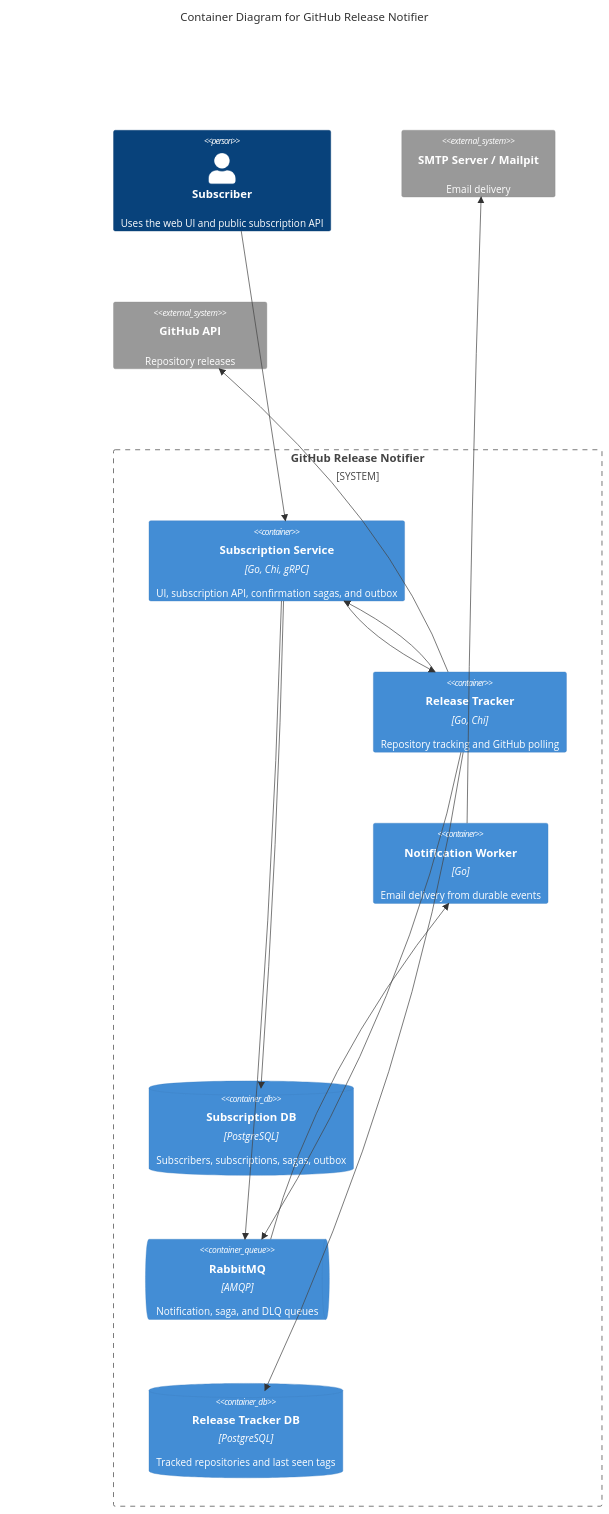
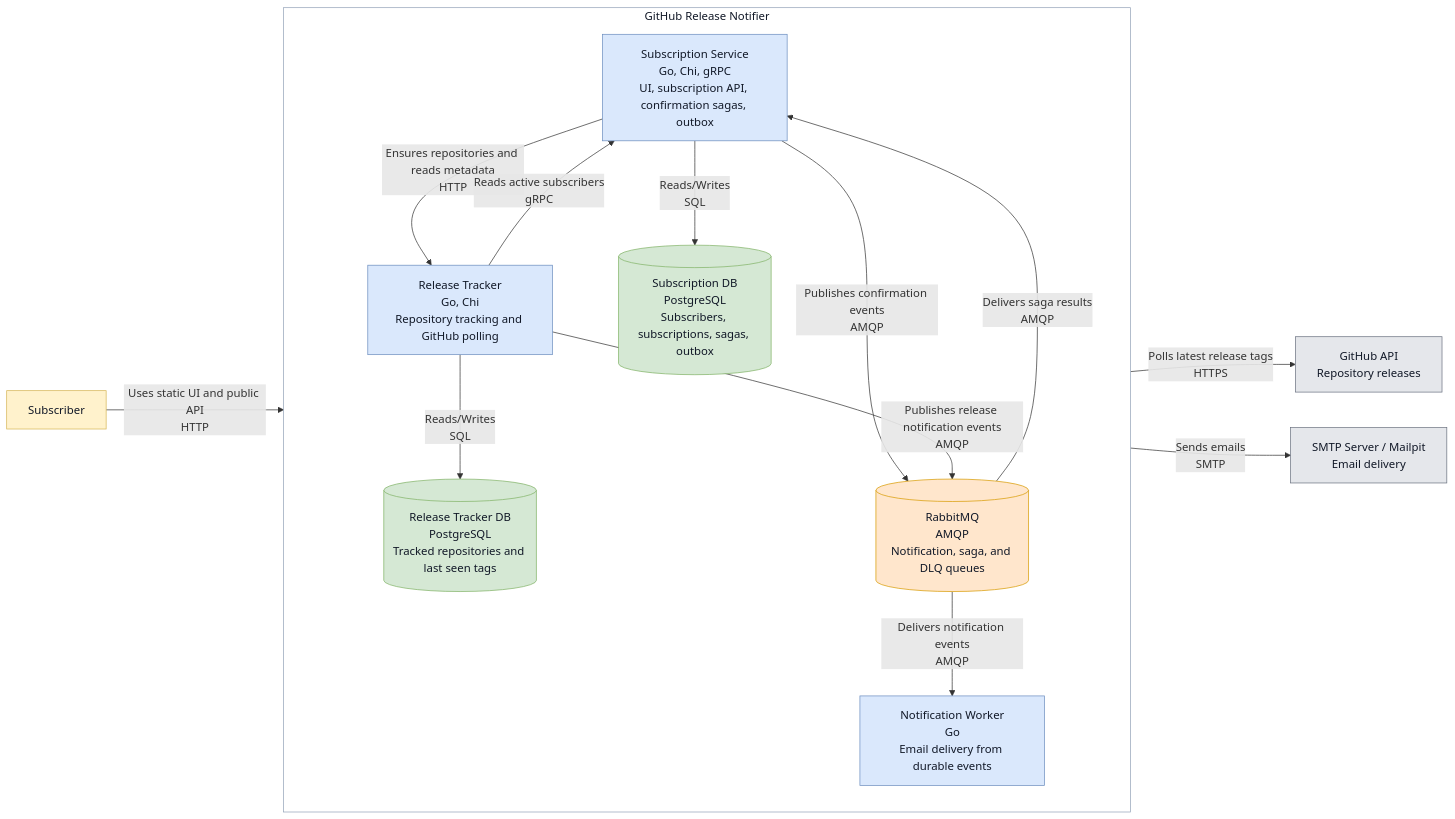
One commit to GenesisEducationKyiv/software-engineering-school-6-0-Oleg-amur changed the third of 6 diagrams in docs/architecture/architecture.md. Above: the diagram before and after it, drawn with Mermaid. The commit also changed other lines of this file, not shown here.

Commit message:
docs: improve architecture diagram rendering

````diff
--- a/docs/architecture/architecture.md
+++ b/docs/architecture/architecture.md
@@ -38,39 +65,40 @@
 ```mermaid
-C4Container
-    title Container Diagram for GitHub Release Notifier
+flowchart LR
+    user["Subscriber"]
+    github["GitHub API<br/>Repository releases"]
+    smtp["SMTP Server / Mailpit<br/>Email delivery"]
 
-    Person(user, "Subscriber", "Uses the web UI and public subscription API")
-    System_Ext(smtp, "SMTP Server / Mailpit", "Email delivery")
+    subgraph app["GitHub Release Notifier"]
+        direction TB
+        subscription["Subscription Service<br/>Go, Chi, gRPC<br/>UI, subscription API, confirmation sagas, outbox"]
+        releaseTracker["Release Tracker<br/>Go, Chi<br/>Repository tracking and GitHub polling"]
+        notificationWorker["Notification Worker<br/>Go<br/>Email delivery from durable events"]
+        subscriptionDb[("Subscription DB<br/>PostgreSQL<br/>Subscribers, subscriptions, sagas, outbox")]
+        releaseDb[("Release Tracker DB<br/>PostgreSQL<br/>Tracked repositories and last seen tags")]
+        rabbitmq[("RabbitMQ<br/>AMQP<br/>Notification, saga, and DLQ queues")]
+    end
 
-    System_Boundary(app, "GitHub Release Notifier") {
-        Container(subscription, "Subscription Service", "Go, Chi, gRPC", "UI, subscription API, confirmation sagas, and outbox")
-        Container(syncLane, " ", " ", " ")
-        Container(releaseTracker, "Release Tracker", "Go, Chi", "Repository tracking and GitHub polling")
+    user -->|"Uses static UI and public API<br/>HTTP"| subscription
+    subscription -->|"Ensures repositories and reads metadata<br/>HTTP"| releaseTracker
+    releaseTracker -->|"Reads active subscribers<br/>gRPC"| subscription
+    subscription -->|"Reads/Writes<br/>SQL"| subscriptionDb
+    releaseTracker -->|"Reads/Writes<br/>SQL"| releaseDb
+    releaseTracker -->|"Polls latest release tags<br/>HTTPS"| github
+    subscription -->|"Publishes confirmation events<br/>AMQP"| rabbitmq
+    rabbitmq -->|"Delivers saga results<br/>AMQP"| subscription
+    releaseTracker -->|"Publishes release notification events<br/>AMQP"| rabbitmq
+    rabbitmq -->|"Delivers notification events<br/>AMQP"| notificationWorker
+    notificationWorker -->|"Sends emails<br/>SMTP"| smtp
 
-        Container(spacerLeft, " ", " ", " ")
-        Container(notificationWorker, "Notification Worker", "Go", "Email delivery from durable events")
-        Container(spacerRight, " ", " ", " ")
-
-        ContainerDb(subscriptionDb, "Subscription DB", "PostgreSQL", "Subscribers, subscriptions, sagas, outbox")
-        ContainerQueue(rabbitmq, "RabbitMQ", "AMQP", "Notification, saga, and DLQ queues")
-        ContainerDb(releaseDb, "Release Tracker DB", "PostgreSQL", "Tracked repositories and last seen tags")
-    }
-
-    System_Ext(github, "GitHub API", "Repository releases")
-
-    Rel_D(user, subscription, "")
-    Rel_R(subscription, releaseTracker, "")
-    Rel_L(releaseTracker, subscription, "")
-    Rel_D(subscription, subscriptionDb, "")
-    Rel_D(releaseTracker, releaseDb, "")
-    Rel_D(releaseTracker, github, "")
-    Rel_R(subscription, rabbitmq, "")
-    Rel_L(releaseTracker, rabbitmq, "")
-    Rel_U(rabbitmq, notificationWorker, "")
-    Rel_U(notificationWorker, smtp, "")
-
-    UpdateLayoutConfig($c4ShapeInRow="3", $c4BoundaryInRow="1")
-    UpdateElementStyle(syncLane, $bgColor="transparent", $fontColor="transparent", $borderColor="transparent")
-    UpdateElementStyle(spacerLeft, $bgColor="transparent", $fontColor="transparent", $borderColor="transparent")
-    UpdateElementStyle(spacerRight, $bgColor="transparent", $fontColor="transparent", $borderColor="transparent")
+    classDef personCls fill:#fff2cc,stroke:#d6b656,color:#111827
+    classDef serviceCls fill:#dae8fc,stroke:#6c8ebf,color:#111827
+    classDef dbCls fill:#d5e8d4,stroke:#82b366,color:#111827
+    classDef queueCls fill:#ffe6cc,stroke:#d79b00,color:#111827
+    classDef externalCls fill:#e5e7eb,stroke:#6b7280,color:#111827
+    class user personCls
+    class subscription,releaseTracker,notificationWorker serviceCls
+    class subscriptionDb,releaseDb dbCls
+    class rabbitmq queueCls
+    class github,smtp externalCls
+    style app fill:#ffffff,stroke:#94a3b8,color:#111827
 ```
````
